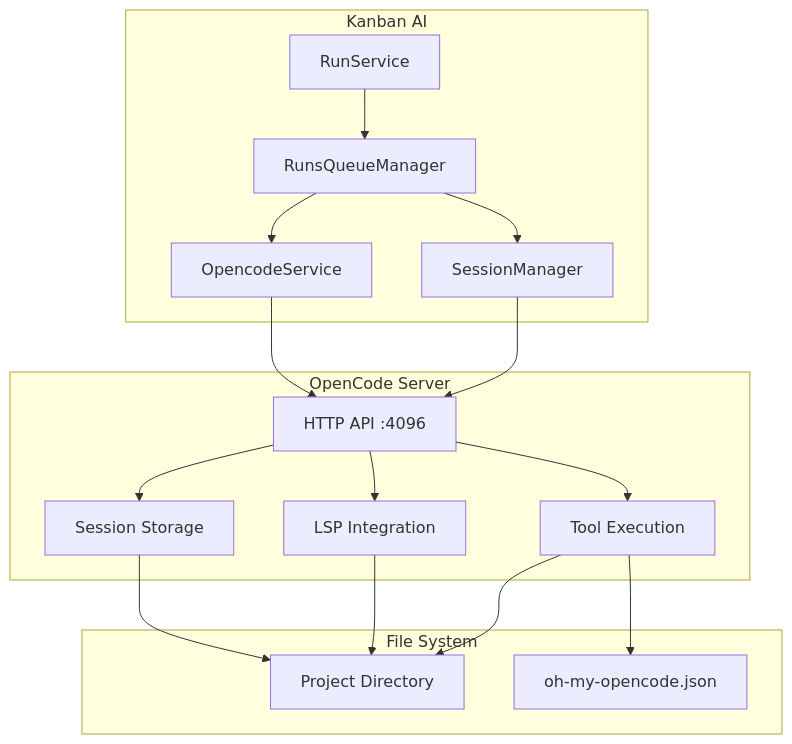
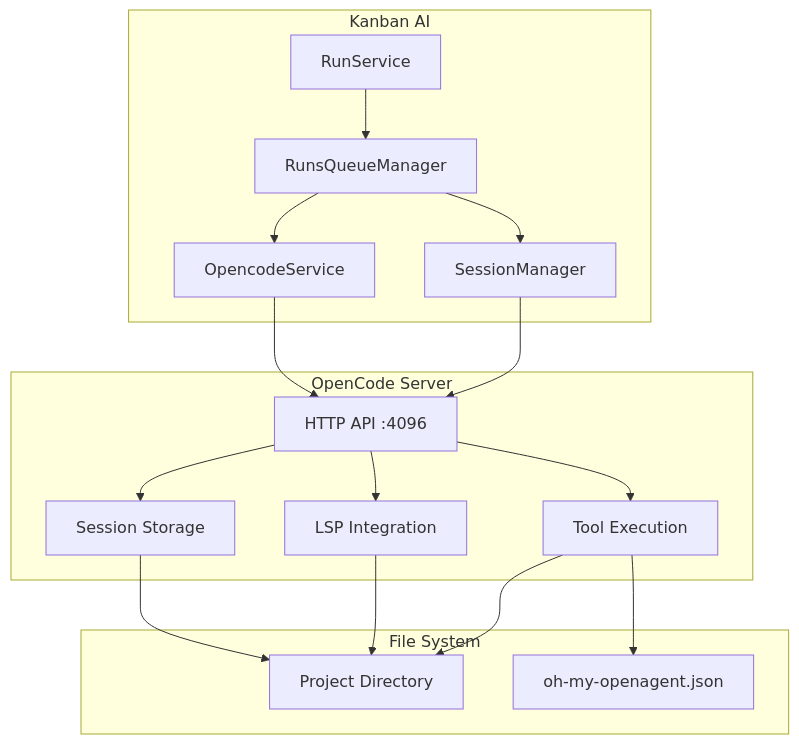
Diagram 15 of 16 in docs/ARCHITECTURE.md (dnaroid/kanban-ai), drawn with Mermaid before and after one commit. The commit also changed other lines of this file and 34 other files, not shown here.

First line of the commit message:
feat(settings): add openagent settings ui and api• migrate legacy opencode settings to new unified configuration • add new settings components and types • update api routes for session, restart, and task management

````diff
--- a/docs/ARCHITECTURE.md
+++ b/docs/ARCHITECTURE.md
@@ -995,29 +995,29 @@
 ```mermaid
 graph TB
     subgraph KanbanAI["Kanban AI"]
         RS[RunService]
         RQ[RunsQueueManager]
         OS[OpencodeService]
         SM[SessionManager]
     end
     
     subgraph OpenCode["OpenCode Server"]
         API[HTTP API :4096]
         Sessions[Session Storage]
         LSP[LSP Integration]
         Tools[Tool Execution]
     end
     
     subgraph FileSystem["File System"]
         Project[Project Directory]
-        OMC[oh-my-opencode.json]
+        OMC[oh-my-openagent.json]
     end
     
     RS --> RQ --> OS
     OS --> API
     RQ --> SM --> API
     API --> Sessions --> Project
     API --> LSP --> Project
     API --> Tools --> Project
     Tools --> OMC
 ```
````
